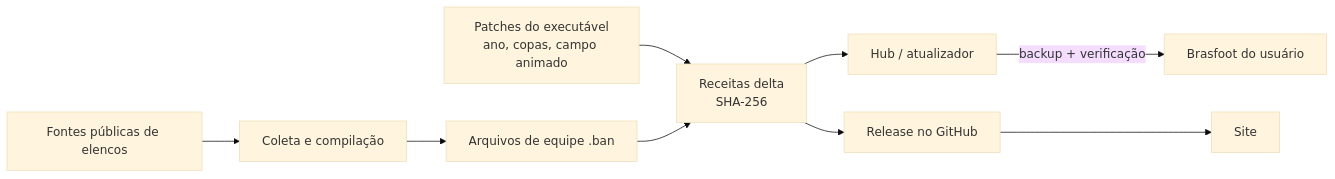
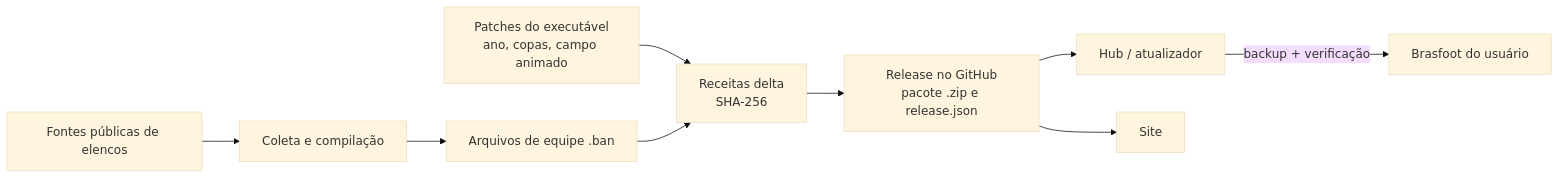
The diagram in README.md (yzPeedro/brassfoot-patch), drawn with Mermaid (base theme) before and after one commit. The commit also changed other lines of this file and 9 other files, not shown here.

Commit message:
docs: hub único com atualização pela release mais recente

````diff
--- a/README.md
+++ b/README.md
@@ -46,11 +46,11 @@
 ```mermaid
 flowchart LR
   A[Fontes públicas de elencos] --> B[Coleta e compilação]
   B --> C[Arquivos de equipe .ban]
   D[Patches do executável<br>ano, copas, campo animado] --> E[Receitas delta<br>SHA-256]
   C --> E
-  E --> F[Hub / atualizador]
+  E --> H[Release no GitHub<br>pacote .zip e release.json]
+  H --> F[Hub / atualizador]
   F -->|backup + verificação| G[Brasfoot do usuário]
-  E --> H[Release no GitHub]
   H --> I[Site]
 ```
````
